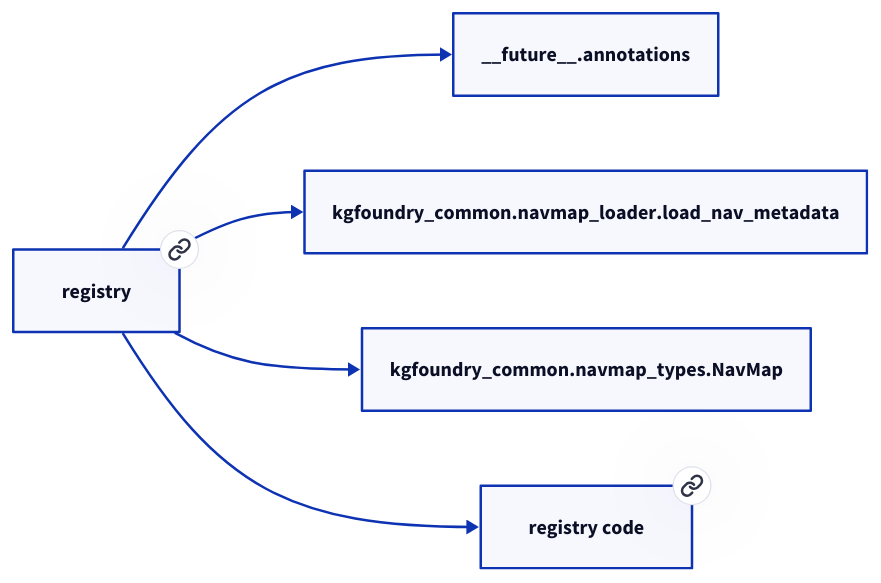
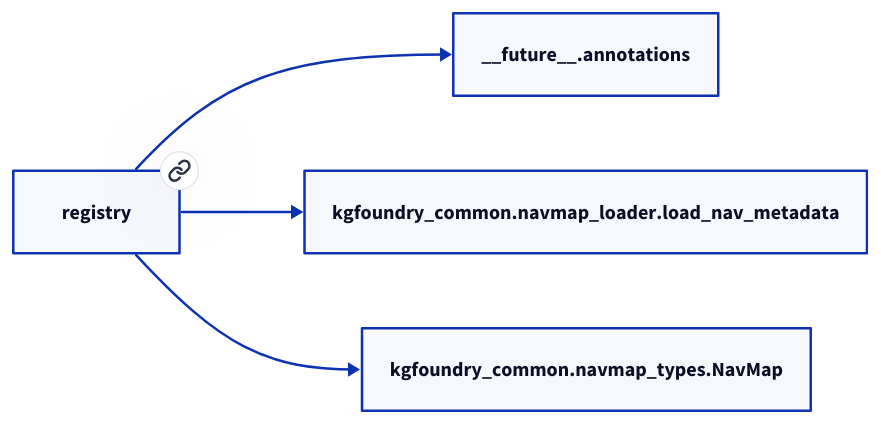
One commit to paul-heyse/kgforge changed the diagram in docs/modules/registry.md. Above: the diagram before and after it, drawn with D2. The commit also changed other lines of this file and 118 other files, not shown here.

````diff
--- a/docs/modules/registry.md
+++ b/docs/modules/registry.md
@@ -17,12 +15,10 @@
 ```d2
 direction: right
-"registry": "registry" { link: "./registry.md" }
+"registry": "registry" { link: "registry.md" }
 "__future__.annotations": "__future__.annotations"
 "registry" -> "__future__.annotations"
 "kgfoundry_common.navmap_loader.load_nav_metadata": "kgfoundry_common.navmap_loader.load_nav_metadata"
 "registry" -> "kgfoundry_common.navmap_loader.load_nav_metadata"
 "kgfoundry_common.navmap_types.NavMap": "kgfoundry_common.navmap_types.NavMap"
 "registry" -> "kgfoundry_common.navmap_types.NavMap"
-"registry_code": "registry code" { link: "https://github.com/kgfoundry/kgfoundry/blob/main/src/registry/__init__.py" }
-"registry" -> "registry_code" { style: dashed }
 ```
````
